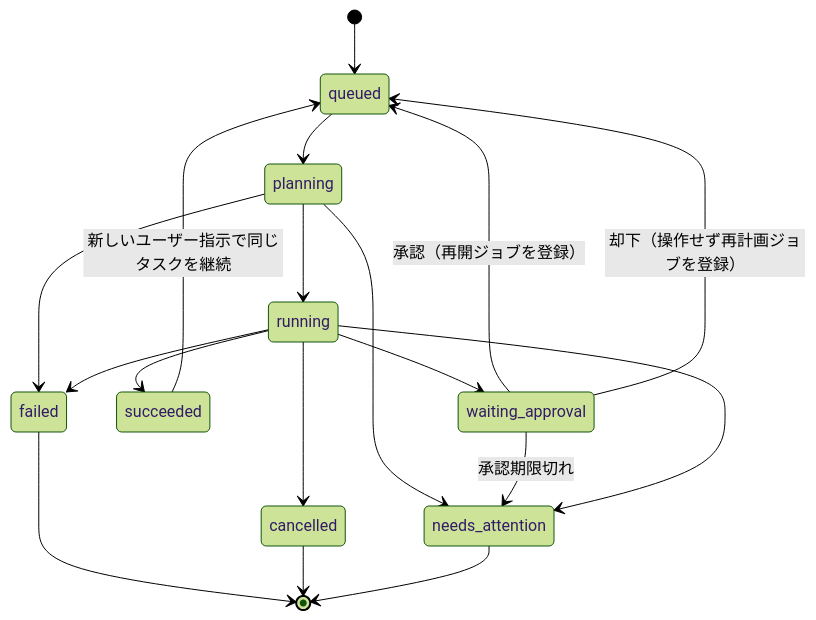
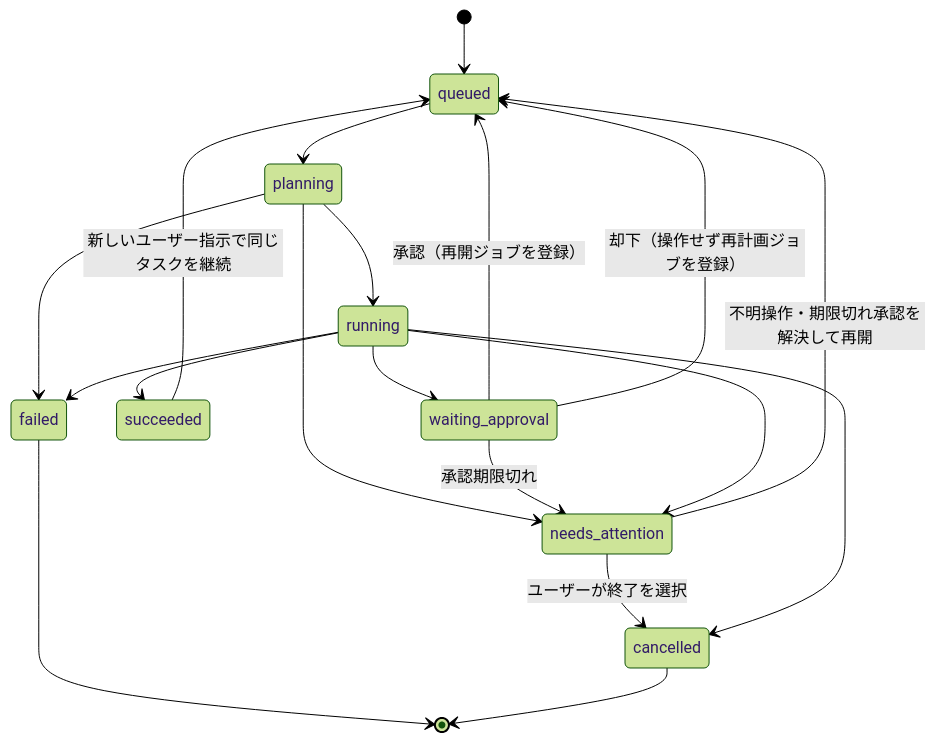
Before and after one commit to ryoma-jp/agent-orchestrator-core: the fourth of 5 diagrams in dev-jp/01_design.md, drawn with Mermaid (forest theme). The commit also changed other lines of this file, not shown here.

````diff
--- a/dev-jp/01_design.md
+++ b/dev-jp/01_design.md
@@ -297,20 +319,21 @@
 ```mermaid
 stateDiagram-v2
     [*] --> queued
     queued --> planning
     planning --> running
     planning --> failed
     planning --> needs_attention
     running --> succeeded
     running --> waiting_approval
     waiting_approval --> queued: 承認（再開ジョブを登録）
     waiting_approval --> queued: 却下（操作せず再計画ジョブを登録）
     waiting_approval --> needs_attention: 承認期限切れ
+    needs_attention --> queued: 不明操作・期限切れ承認を解決して再開
+    needs_attention --> cancelled: ユーザーが終了を選択
     running --> failed
     running --> cancelled
     running --> needs_attention
     succeeded --> queued: 新しいユーザー指示で同じタスクを継続
     failed --> [*]
     cancelled --> [*]
-    needs_attention --> [*]
 ```
````
